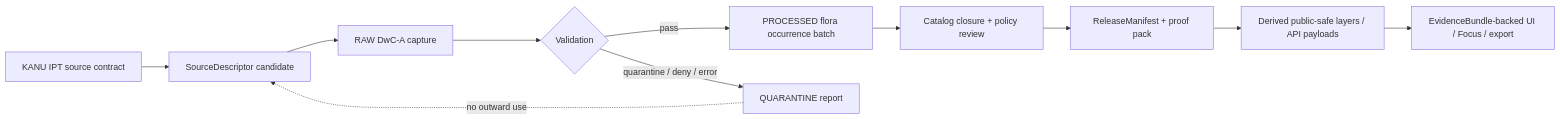
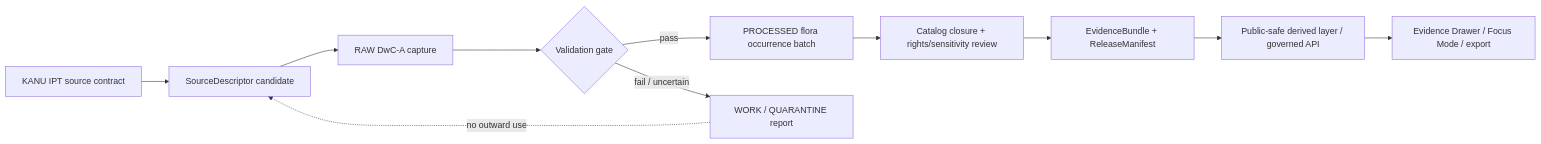
One commit to bartytime4life/Kansas-Frontier-Matrix changed the diagram in contracts/source/kansas_flora/kanu_ipt.md. Above: the diagram before and after it, drawn with Mermaid. The commit also changed other lines of this file, not shown here.

````diff
--- a/contracts/source/kansas_flora/kanu_ipt.md
+++ b/contracts/source/kansas_flora/kanu_ipt.md
@@ -144,14 +171,14 @@
 ```mermaid
 flowchart LR
-  A[KANU IPT source contract] --> B[SourceDescriptor candidate]
-  B --> C[RAW DwC-A capture]
-  C --> D{Validation}
-  D -->|pass| E[PROCESSED flora occurrence batch]
-  D -->|quarantine / deny / error| Q[QUARANTINE report]
-  E --> F[Catalog closure + policy review]
-  F --> G[ReleaseManifest + proof pack]
-  G --> H[Derived public-safe layers / API payloads]
-  H --> I[EvidenceBundle-backed UI / Focus / export]
+  A["KANU IPT source contract"] --> B["SourceDescriptor candidate"]
+  B --> C["RAW DwC-A capture"]
+  C --> D{"Validation gate"}
+  D -->|pass| E["PROCESSED flora occurrence batch"]
+  D -->|fail / uncertain| Q["WORK / QUARANTINE report"]
+  E --> F["Catalog closure + rights/sensitivity review"]
+  F --> G["EvidenceBundle + ReleaseManifest"]
+  G --> H["Public-safe derived layer / governed API"]
+  H --> I["Evidence Drawer / Focus Mode / export"]
 
   Q -. no outward use .-> B
 ```
````
